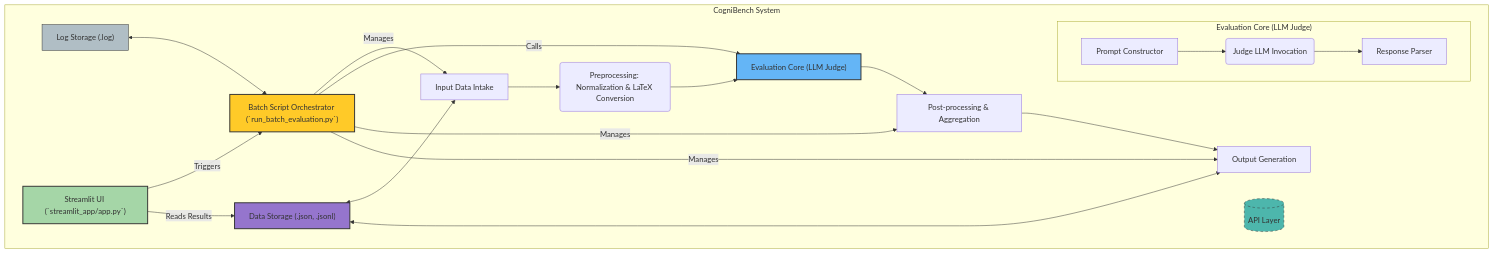
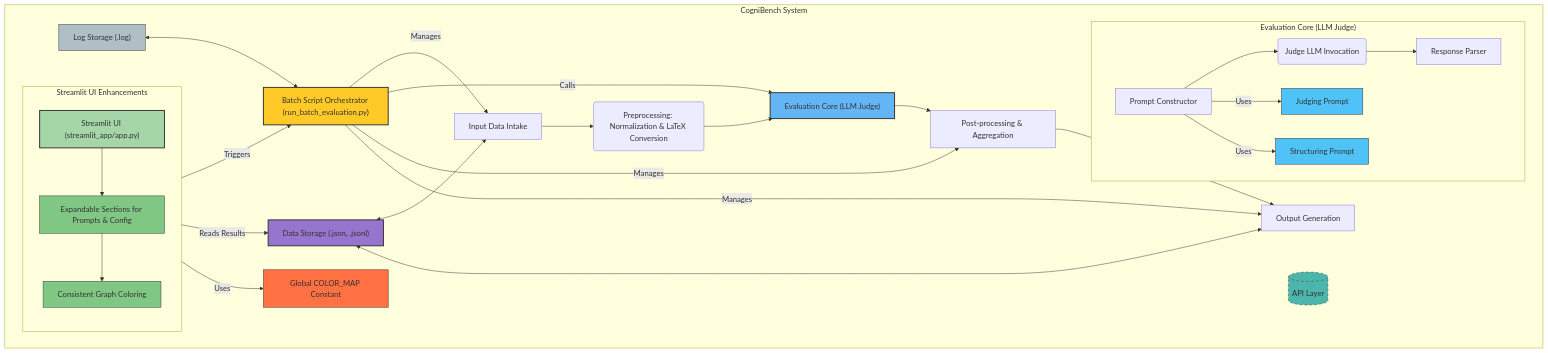
The first of 2 diagrams in overview.md (Mathews-Tom/CogniBench), drawn with Mermaid before and after one commit. The commit also changed other lines of this file and 1 other file, not shown here.

Commit message:
Update documentation and Mermaid diagrams to reflect recent enhancements including two-step evaluation workflow (Structuring and Judging), UI improvements, and consistent color mapping

````diff
--- a/overview.md
+++ b/overview.md
@@ -27,54 +27,59 @@
 ```mermaid
 graph LR
 
   subgraph CogniBench System
     direction LR
 
     %% Core Workflow Components
     A[Input Data Intake] --> B(Preprocessing: Normalization & LaTeX Conversion);
     B --> C["Evaluation Core (LLM Judge)"];
     C --> D[Post-processing & Aggregation];
     D --> E[Output Generation];
 
     %% Data Storage & Logging
-    %% Intake reads ingested
-    F["Data Storage (.json, .jsonl)"] <--> A; 
-    %% Output writes results
-    F <--> E; 
-    %% Orchestrator writes logs
-    LOG["Log Storage (.log)"] <--> G; 
+    F["Data Storage (.json, .jsonl)"] <--> A;
+    F <--> E;
+    LOG["Log Storage (.log)"] <--> G;
 
     %% Orchestration & UI
-    %% Script reads ingested data path
-    G["Batch Script Orchestrator (`run_batch_evaluation.py`)"] -- Manages --> A; 
-    %% Script calls evaluation workflow
-    G -- Calls --> C; 
-    %% Script combines results
-    G -- Manages --> D; 
-    %% Script defines output paths
-    G -- Manages --> E; 
-    %% UI runs the script
-    I["Streamlit UI (`streamlit_app/app.py`)"] -- Triggers --> G;
-    %% UI reads final_results.json
-    I -- Reads Results --> F; 
+    G["Batch Script Orchestrator (run_batch_evaluation.py)"] -- Manages --> A;
+    G -- Calls --> C;
+    G -- Manages --> D;
+    G -- Manages --> E;
+    I["Streamlit UI (streamlit_app/app.py)"] -- Triggers --> G;
+    I -- Reads Results --> F;
+    I -- Uses --> CM[Global COLOR_MAP Constant];
+
+    %% UI Enhancements
+    subgraph "Streamlit UI Enhancements"
+        direction TB
+        I --> UI1[Expandable Sections for Prompts & Config];
+        UI1 --> UI2[Consistent Graph Coloring];
+    end
 
     %% Evaluation Core Details
     subgraph "Evaluation Core (LLM Judge)"
         direction LR
         C1[Prompt Constructor] --> C2(Judge LLM Invocation);
         C2 --> C3[Response Parser];
+        C1 -- Uses --> JP[Judging Prompt];
+        C1 -- Uses --> SP[Structuring Prompt];
     end
 
     %% Optional API Layer (Not used by Streamlit App)
     H[(API Layer)];
 
     %% Styling
     style F fill:#9575cd,stroke:#333,stroke-width:2px
     style LOG fill:#b0bec5,stroke:#333,stroke-width:1px
     style C fill:#64b5f6,stroke:#333,stroke-width:2px
-    %% Dashed border for optional/unused
     style H fill:#4db6ac,stroke:#333,stroke-width:1px,stroke-dasharray: 5 5
     style G fill:#ffca28,stroke:#333,stroke-width:2px
     style I fill:#a5d6a7,stroke:#333,stroke-width:2px
+    style CM fill:#ff7043,stroke:#333,stroke-width:1px
+    style UI1 fill:#81c784,stroke:#333,stroke-width:1px
+    style UI2 fill:#81c784,stroke:#333,stroke-width:1px
+    style JP fill:#4fc3f7,stroke:#333,stroke-width:1px
+    style SP fill:#4fc3f7,stroke:#333,stroke-width:1px
   end
 ```
````
